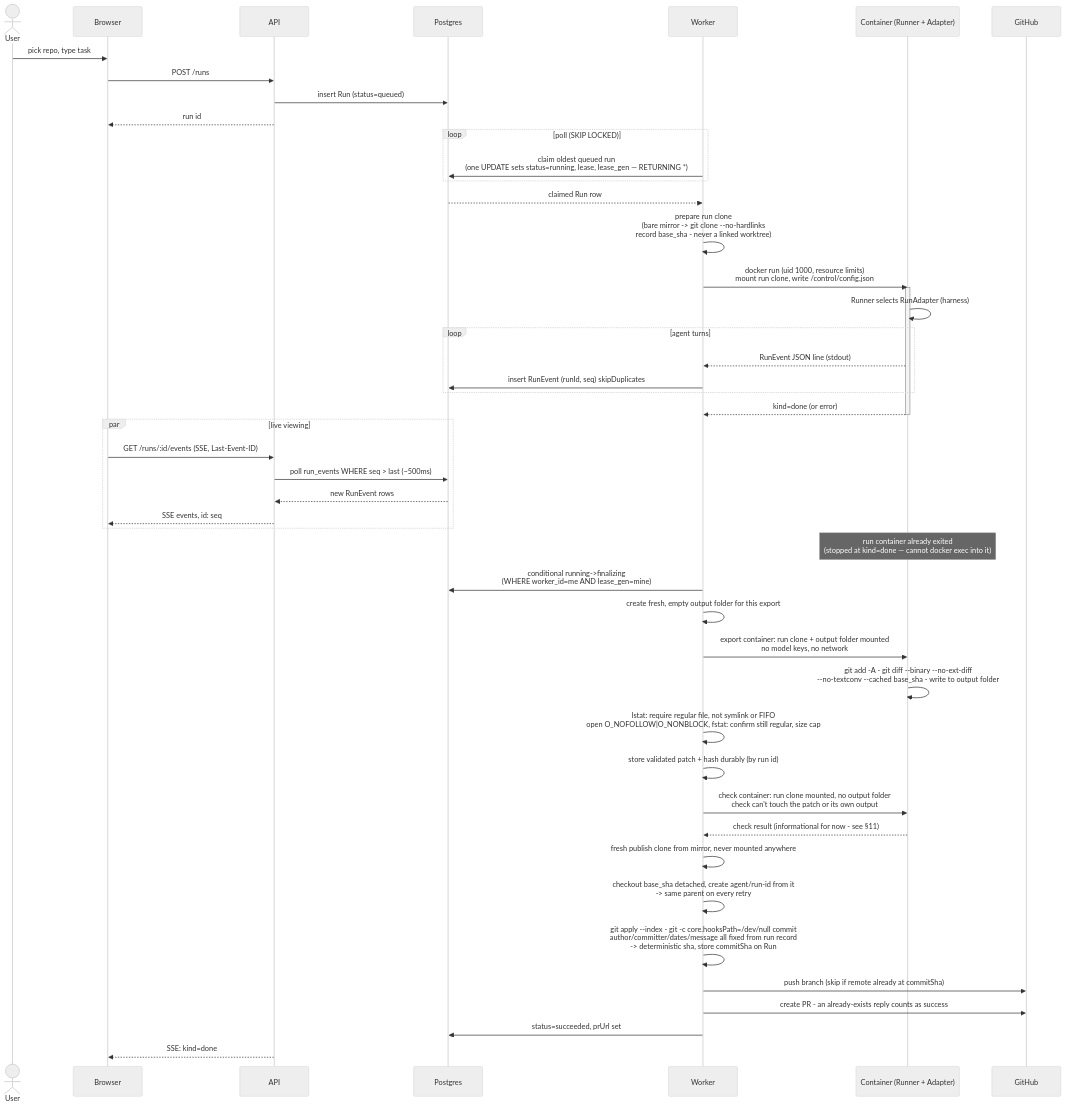
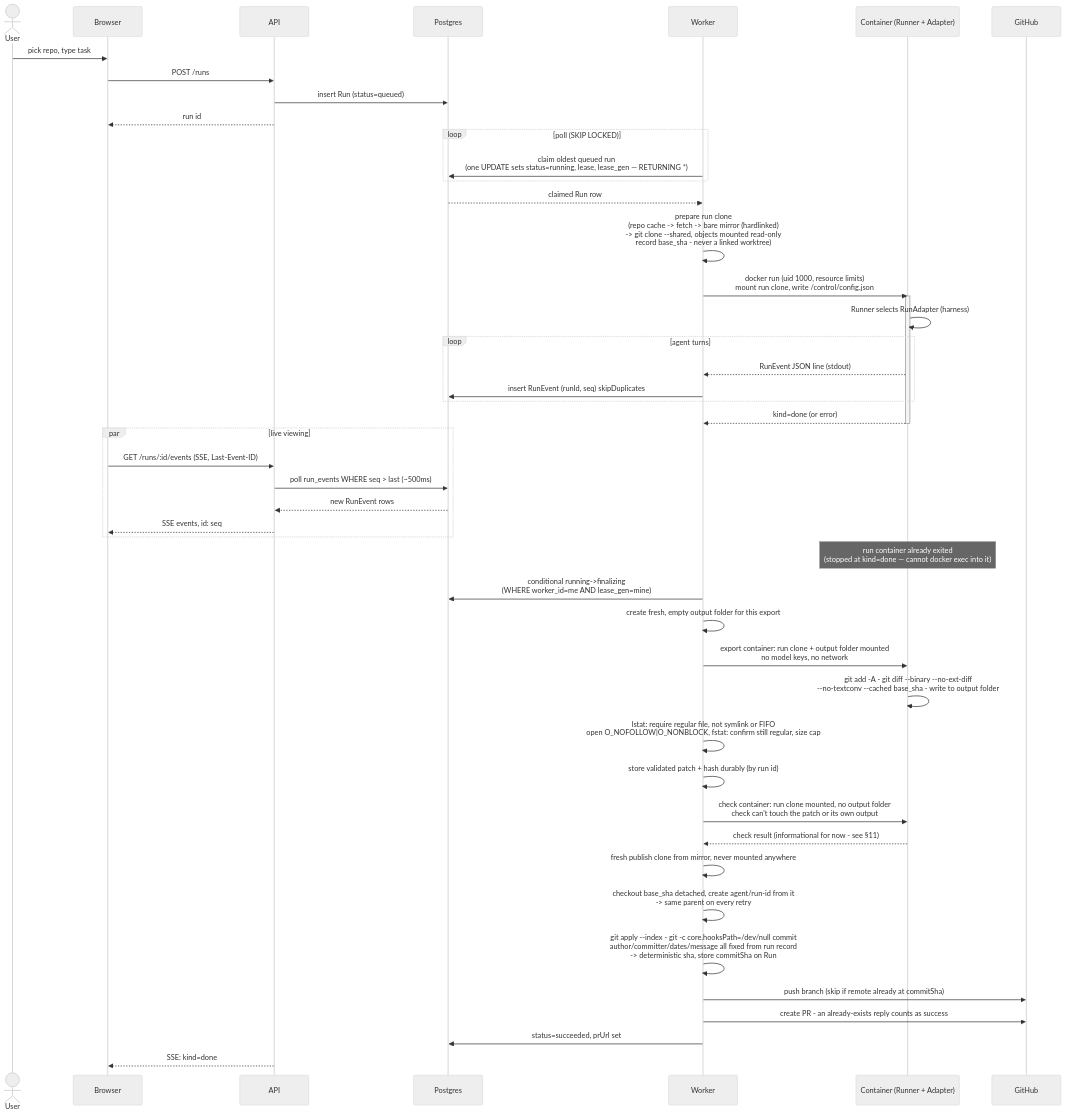
Before and after one commit to AymanKhan9/Cloudly: the second of 4 diagrams in ARCHITECTURE.md, drawn with Mermaid (neutral theme). The commit also changed other lines of this file and 11 other files, not shown here.

First line of the commit message:
Fast workspaces: a cached copy of each repo, and run clones that borrow its history

````diff
--- a/ARCHITECTURE.md
+++ b/ARCHITECTURE.md
@@ -110,56 +110,56 @@
 ```mermaid
 sequenceDiagram
     actor User
     participant Browser
     participant API
     participant DB as Postgres
     participant Worker
     participant Sandbox as Container (Runner + Adapter)
     participant GH as GitHub
 
     User->>Browser: pick repo, type task
     Browser->>API: POST /runs
     API->>DB: insert Run (status=queued)
     API-->>Browser: run id
 
     loop poll (SKIP LOCKED)
         Worker->>DB: claim oldest queued run<br/>(one UPDATE sets status=running, lease, lease_gen — RETURNING *)
     end
     DB-->>Worker: claimed Run row
 
-    Worker->>Worker: prepare run clone<br/>(bare mirror -> git clone --no-hardlinks<br/>record base_sha - never a linked worktree)
+    Worker->>Worker: prepare run clone<br/>(repo cache -> fetch -> bare mirror (hardlinked)<br/>-> git clone --shared, objects mounted read-only<br/>record base_sha - never a linked worktree)
     Worker->>Sandbox: docker run (uid 1000, resource limits)<br/>mount run clone, write /control/config.json
 
     activate Sandbox
     Sandbox->>Sandbox: Runner selects RunAdapter (harness)
     loop agent turns
         Sandbox-->>Worker: RunEvent JSON line (stdout)
         Worker->>DB: insert RunEvent (runId, seq) skipDuplicates
     end
     Sandbox-->>Worker: kind=done (or error)
     deactivate Sandbox
 
     par live viewing
         Browser->>API: GET /runs/:id/events (SSE, Last-Event-ID)
         API->>DB: poll run_events WHERE seq > last (~500ms)
         DB-->>API: new RunEvent rows
         API-->>Browser: SSE events, id: seq
     end
 
     Note over Sandbox: run container already exited<br/>(stopped at kind=done — cannot docker exec into it)
     Worker->>DB: conditional running->finalizing<br/>(WHERE worker_id=me AND lease_gen=mine)
     Worker->>Worker: create fresh, empty output folder for this export
     Worker->>Sandbox: export container: run clone + output folder mounted<br/>no model keys, no network
     Sandbox->>Sandbox: git add -A - git diff --binary --no-ext-diff<br/>--no-textconv --cached base_sha - write to output folder
     Worker->>Worker: lstat: require regular file, not symlink or FIFO<br/>open O_NOFOLLOW|O_NONBLOCK, fstat: confirm still regular, size cap
     Worker->>Worker: store validated patch + hash durably (by run id)
     Worker->>Sandbox: check container: run clone mounted, no output folder<br/>check can't touch the patch or its own output
     Sandbox-->>Worker: check result (informational for now - see §11)
     Worker->>Worker: fresh publish clone from mirror, never mounted anywhere
     Worker->>Worker: checkout base_sha detached, create agent/run-id from it<br/>-> same parent on every retry
     Worker->>Worker: git apply --index - git -c core.hooksPath=/dev/null commit<br/>author/committer/dates/message all fixed from run record<br/>-> deterministic sha, store commitSha on Run
     Worker->>GH: push branch (skip if remote already at commitSha)
     Worker->>GH: create PR - an already-exists reply counts as success
     Worker->>DB: status=succeeded, prUrl set
     API-->>Browser: SSE: kind=done
 ```
````
